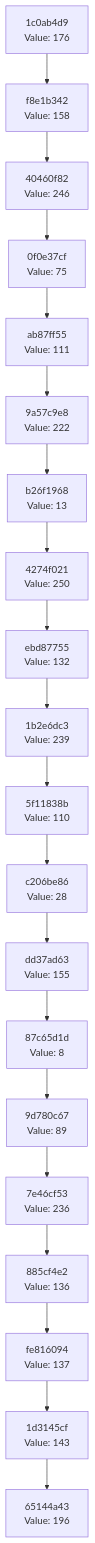
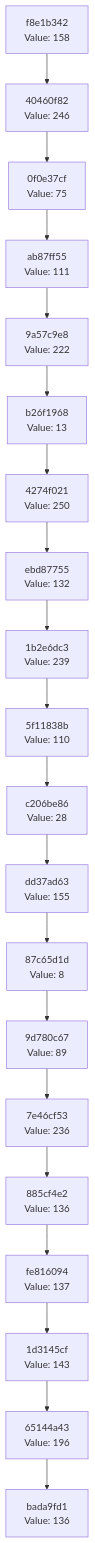
The diagram in docs/CHAIN_VISUALIZATION.md (Abhisheksinha1506/hash-chain-evolver), drawn with Mermaid before and after one commit. The commit also changed 3 other files, not shown here.

````diff
--- a/docs/CHAIN_VISUALIZATION.md
+++ b/docs/CHAIN_VISUALIZATION.md
@@ -3,42 +3,42 @@
 ```mermaid
 graph TD
-    C0["65144a43<br/>Value: 196"]
-    C1["1d3145cf<br/>Value: 143"]
+    C0["bada9fd1<br/>Value: 136"]
+    C1["65144a43<br/>Value: 196"]
     C1 --> C0
-    C2["fe816094<br/>Value: 137"]
+    C2["1d3145cf<br/>Value: 143"]
     C2 --> C1
-    C3["885cf4e2<br/>Value: 136"]
+    C3["fe816094<br/>Value: 137"]
     C3 --> C2
-    C4["7e46cf53<br/>Value: 236"]
+    C4["885cf4e2<br/>Value: 136"]
     C4 --> C3
-    C5["9d780c67<br/>Value: 89"]
+    C5["7e46cf53<br/>Value: 236"]
     C5 --> C4
-    C6["87c65d1d<br/>Value: 8"]
+    C6["9d780c67<br/>Value: 89"]
     C6 --> C5
-    C7["dd37ad63<br/>Value: 155"]
+    C7["87c65d1d<br/>Value: 8"]
     C7 --> C6
-    C8["c206be86<br/>Value: 28"]
+    C8["dd37ad63<br/>Value: 155"]
     C8 --> C7
-    C9["5f11838b<br/>Value: 110"]
+    C9["c206be86<br/>Value: 28"]
     C9 --> C8
-    C10["1b2e6dc3<br/>Value: 239"]
+    C10["5f11838b<br/>Value: 110"]
     C10 --> C9
-    C11["ebd87755<br/>Value: 132"]
+    C11["1b2e6dc3<br/>Value: 239"]
     C11 --> C10
-    C12["4274f021<br/>Value: 250"]
+    C12["ebd87755<br/>Value: 132"]
     C12 --> C11
-    C13["b26f1968<br/>Value: 13"]
+    C13["4274f021<br/>Value: 250"]
     C13 --> C12
-    C14["9a57c9e8<br/>Value: 222"]
+    C14["b26f1968<br/>Value: 13"]
     C14 --> C13
-    C15["ab87ff55<br/>Value: 111"]
+    C15["9a57c9e8<br/>Value: 222"]
     C15 --> C14
-    C16["0f0e37cf<br/>Value: 75"]
+    C16["ab87ff55<br/>Value: 111"]
     C16 --> C15
-    C17["40460f82<br/>Value: 246"]
+    C17["0f0e37cf<br/>Value: 75"]
     C17 --> C16
-    C18["f8e1b342<br/>Value: 158"]
+    C18["40460f82<br/>Value: 246"]
     C18 --> C17
-    C19["1c0ab4d9<br/>Value: 176"]
+    C19["f8e1b342<br/>Value: 158"]
     C19 --> C18
 ```
````
